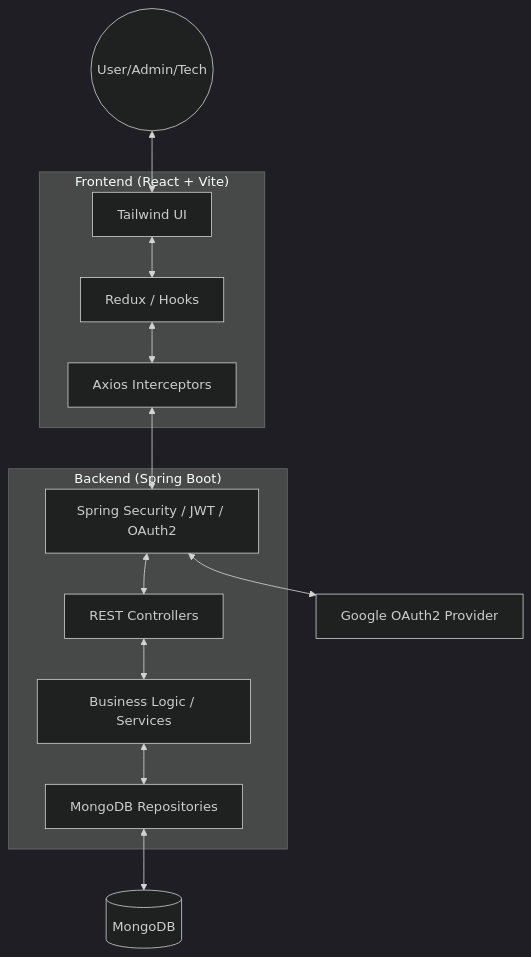
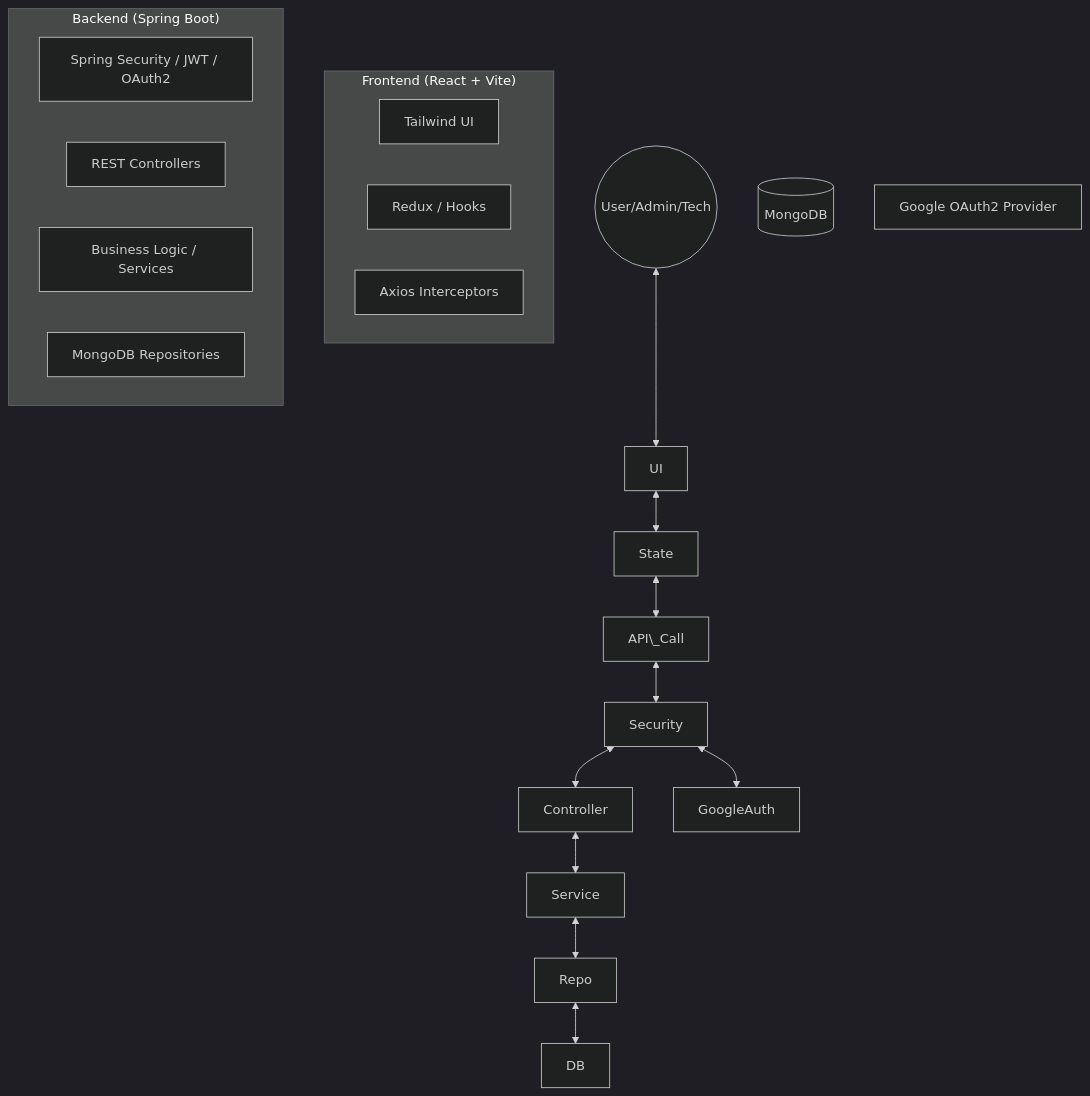
One commit to Senthazhan/smart-Campus-Operations-Hub-TVK changed the diagram in README.md. Above: the diagram before and after it, drawn with Mermaid (dark theme). The commit also changed other lines of this file, not shown here.

````diff
--- a/README.md
+++ b/README.md
@@ -14,27 +16,27 @@
 ```mermaid
 graph TD
     User((User/Admin/Tech))
     subgraph "Frontend (React + Vite)"
-        UI[Tailwind UI]
-        State[Redux / Hooks]
-        API_Call[Axios Interceptors]
+        UI\[Tailwind UI]
+        State\[Redux / Hooks]
+        API\_Call\[Axios Interceptors]
     end
     subgraph "Backend (Spring Boot)"
-        Security[Spring Security / JWT / OAuth2]
-        Controller[REST Controllers]
-        Service[Business Logic / Services]
-        Repo[MongoDB Repositories]
+        Security\[Spring Security / JWT / OAuth2]
+        Controller\[REST Controllers]
+        Service\[Business Logic / Services]
+        Repo\[MongoDB Repositories]
     end
-    DB[(MongoDB)]
-    GoogleAuth[Google OAuth2 Provider]
+    DB\[(MongoDB)]
+    GoogleAuth\[Google OAuth2 Provider]
 
     User <--> UI
     UI <--> State
-    State <--> API_Call
-    API_Call <--> Security
+    State <--> API\_Call
+    API\_Call <--> Security
     Security <--> Controller
     Controller <--> Service
     Service <--> Repo
     Repo <--> DB
     Security <--> GoogleAuth
 ```
````
